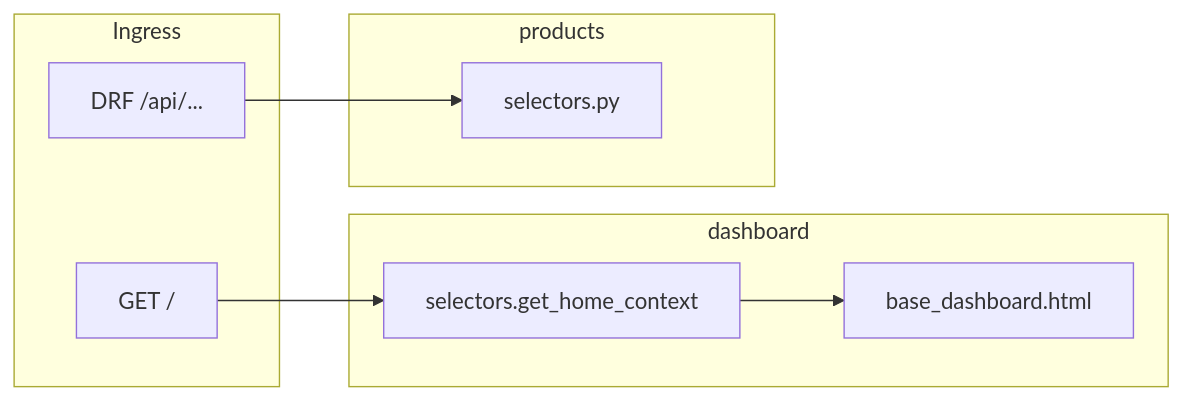
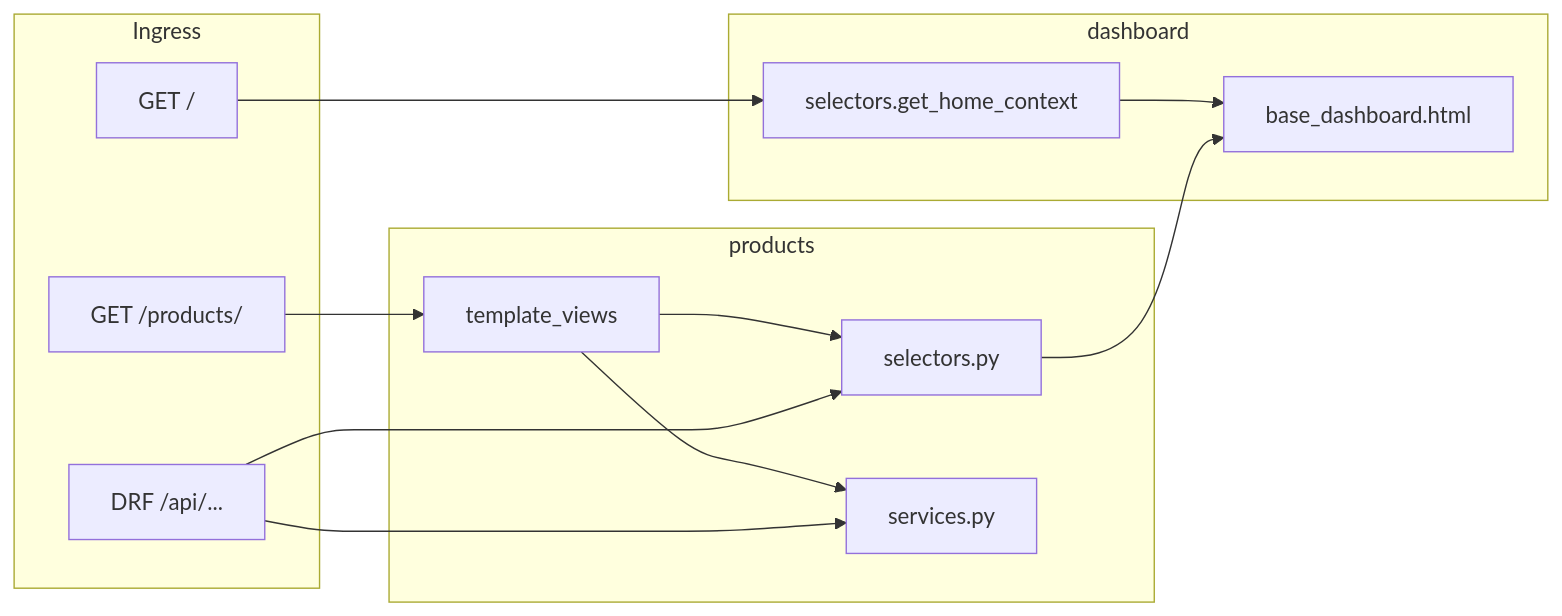
Before and after one commit to josedante/BackboneOS: the diagram in docs/consolidation/FRONTEND_CONSOLIDATION.md, drawn with Mermaid. The commit also changed other lines of this file and 17 other files, not shown here.

````diff
--- a/docs/consolidation/FRONTEND_CONSOLIDATION.md
+++ b/docs/consolidation/FRONTEND_CONSOLIDATION.md
@@ -188,16 +215,22 @@
 ```mermaid
 flowchart LR
   subgraph ingress [Ingress]
     Home["GET /"]
+    ProductsUI["GET /products/"]
     API["DRF /api/..."]
   end
   subgraph dashboard_app [dashboard]
     SelD["selectors.get_home_context"]
     Base["base_dashboard.html"]
   end
   subgraph products_app [products]
+    TV["template_views"]
     SelP["selectors.py"]
+    Svc["services.py"]
   end
   Home --> SelD --> Base
+  ProductsUI --> TV --> SelP --> Base
+  TV --> Svc
   API --> SelP
+  API --> Svc
 ```
````
